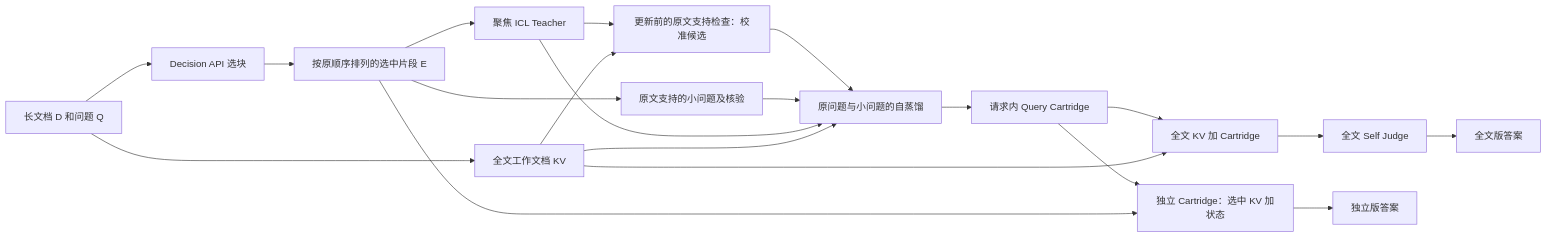
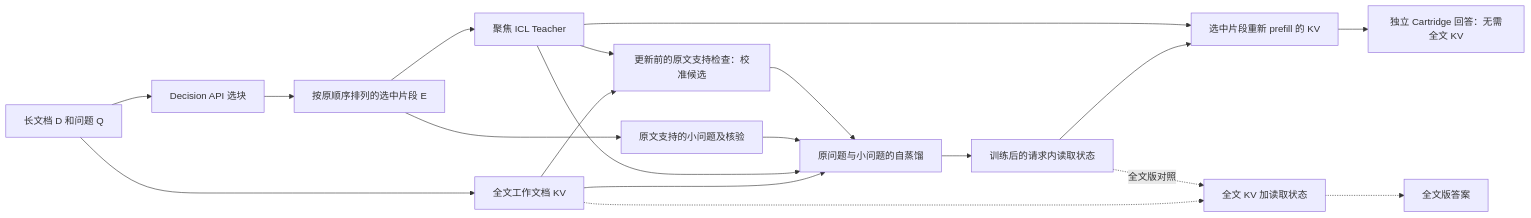
Before and after one commit to XiangqiWang77/Masked-TTT: the diagram in QUERY_CARTRIDGES.md, drawn with Mermaid. The commit also changed other lines of this file, not shown here.

Commit message:
Center the method on standalone query cartridges

````diff
--- a/QUERY_CARTRIDGES.md
+++ b/QUERY_CARTRIDGES.md
@@ -74,22 +74,21 @@
 ```mermaid
 flowchart LR
     D[长文档 D 和问题 Q] --> S[Decision API 选块]
     S --> E[按原顺序排列的选中片段 E]
     D --> K[全文工作文档 KV]
     E --> T[聚焦 ICL Teacher]
     T --> V[更新前的原文支持检查：校准候选]
     K --> V
     V --> L
     E --> F[原文支持的小问题及核验]
     F --> L[原问题与小问题的自蒸馏]
     T --> L
     K --> L
-    L --> C[请求内 Query Cartridge]
-    C --> A[全文 KV 加 Cartridge]
-    K --> A
-    A --> J[全文 Self Judge]
-    C --> B[独立 Cartridge：选中 KV 加状态]
-    E --> B
-    J --> Y[全文版答案]
-    B --> Z[独立版答案]
+    L --> P[训练后的请求内读取状态]
+    T --> C[选中片段重新 prefill 的 KV]
+    P --> C
+    C --> Z[独立 Cartridge 回答：无需全文 KV]
+    P -. 全文版对照 .-> A[全文 KV 加读取状态]
+    K -.-> A
+    A -.-> Y[全文版答案]
 ```
````
